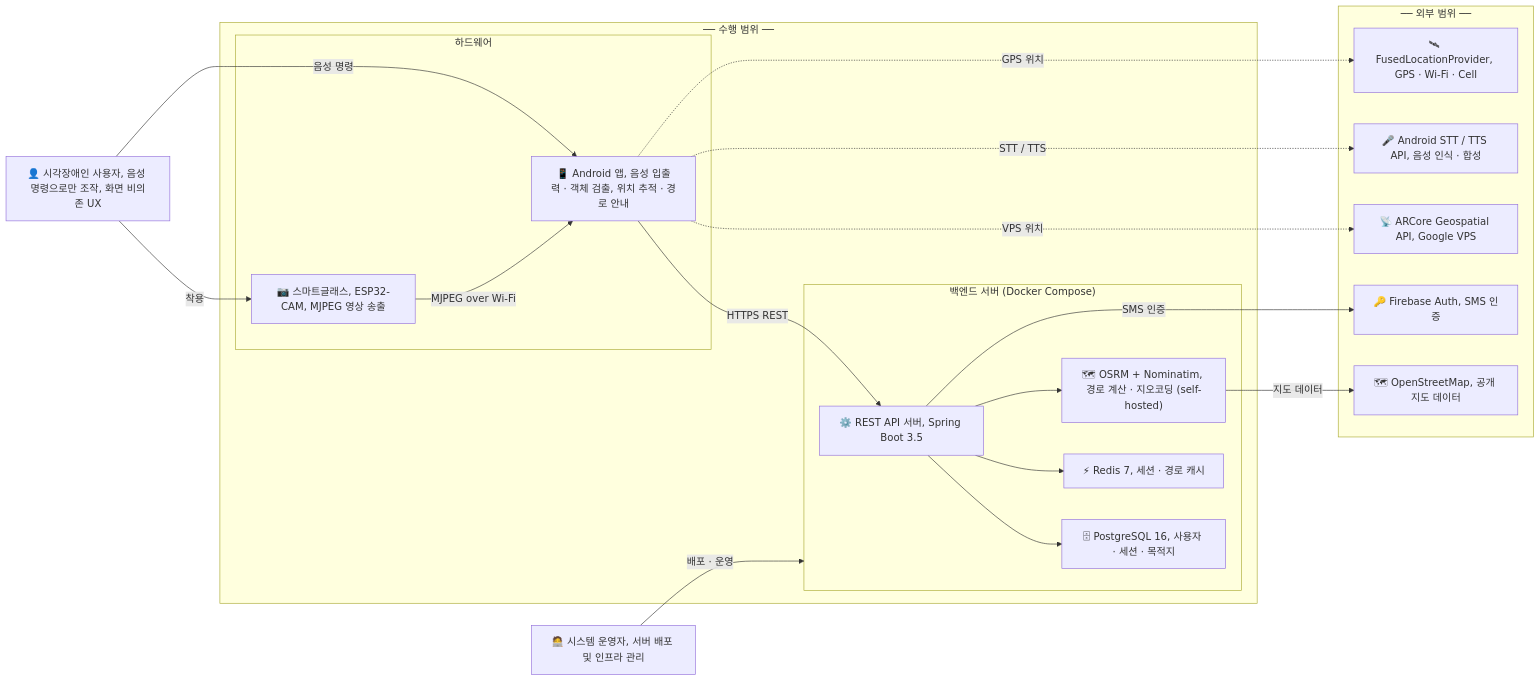
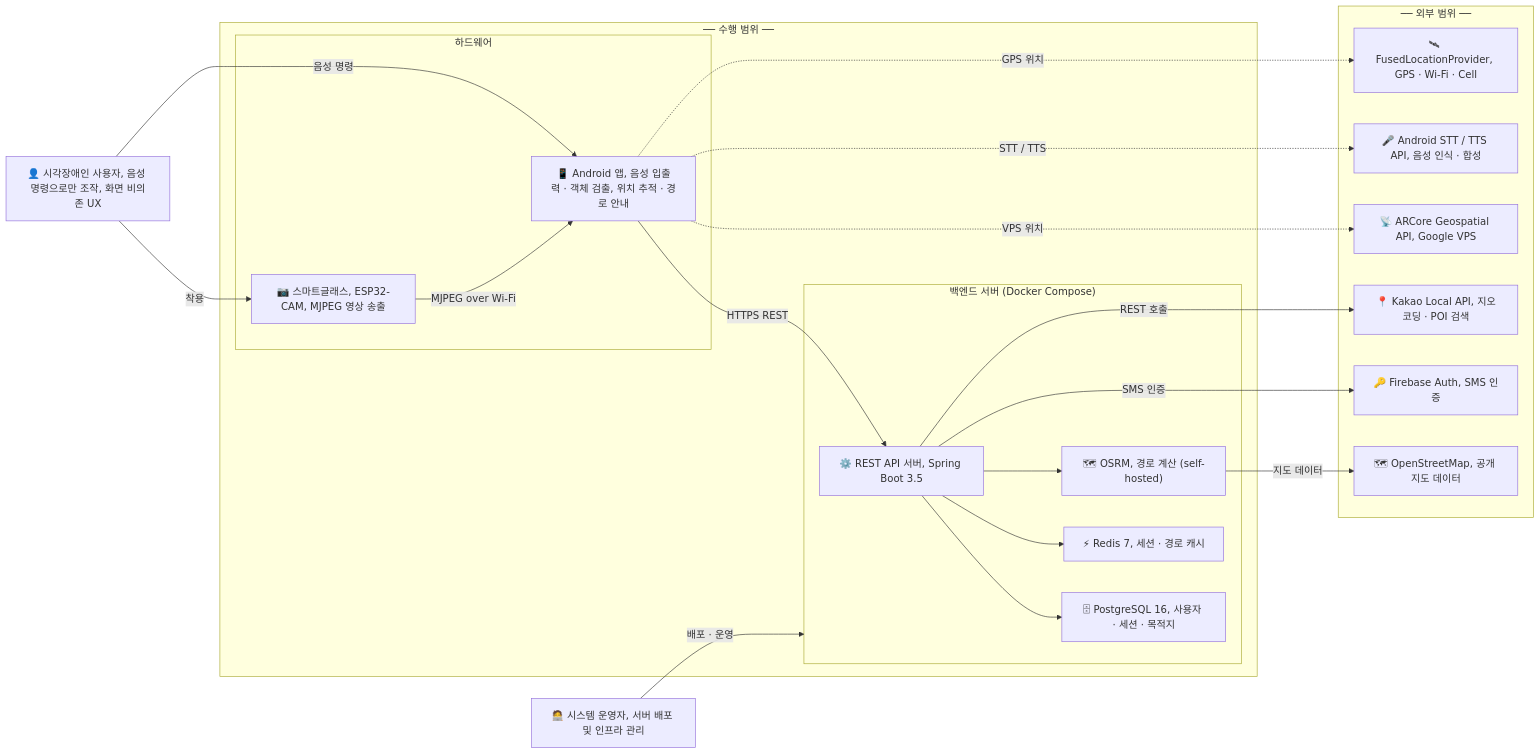
The first of 2 diagrams in service-flow.md (2026TUKCOMCD/SmartWalk), drawn with Mermaid before and after one commit. The commit also changed 20 other files, not shown here.

````diff
--- a/service-flow.md
+++ b/service-flow.md
@@ -10,45 +10,47 @@
 ```mermaid
 graph LR
     %% ── 사용 주체 ──
     USER["👤 시각장애인 사용자, 음성 명령으로만 조작, 화면 비의존 UX"]
     OPERATOR["🧑‍💻 시스템 운영자, 서버 배포 및 인프라 관리"]
 
     %% ── 수행 범위 ──
     subgraph SCOPE["── 수행 범위 ──"]
         subgraph HW["하드웨어"]
             SG["📷 스마트글래스, ESP32-CAM, MJPEG 영상 송출"]
             APP["📱 Android 앱, 음성 입출력 · 객체 검출, 위치 추적 · 경로 안내"]
         end
         subgraph SERVER["백엔드 서버 (Docker Compose)"]
             BE["⚙️ REST API 서버, Spring Boot 3.5"]
             DB["🗄 PostgreSQL 16, 사용자 · 세션 · 목적지"]
             CACHE["⚡ Redis 7, 세션 · 경로 캐시"]
-            ROUTING["🗺 OSRM + Nominatim, 경로 계산 · 지오코딩 (self-hosted)"]
+            ROUTING["🗺 OSRM, 경로 계산 (self-hosted)"]
         end
     end
 
     %% ── 외부 범위 ──
     subgraph EXT["── 외부 범위 ──"]
         FIREBASE["🔑 Firebase Auth, SMS 인증"]
+        KAKAO["📍 Kakao Local API, 지오코딩 · POI 검색"]
         ARCORE["📡 ARCore Geospatial API, Google VPS"]
         OSM["🗺 OpenStreetMap, 공개 지도 데이터"]
         ANDROID_API["🎤 Android STT / TTS API, 음성 인식 · 합성"]
         GPS_API["🛰 FusedLocationProvider, GPS · Wi-Fi · Cell"]
     end
 
     %% ── 관계 ──
     USER -->|착용| SG
     USER -->|음성 명령| APP
     SG -->|"MJPEG over Wi-Fi"| APP
     APP -->|"HTTPS REST"| BE
     BE --> DB
     BE --> CACHE
     BE --> ROUTING
     BE -->|SMS 인증| FIREBASE
+    BE -->|REST 호출| KAKAO
     ROUTING -->|지도 데이터| OSM
     APP -.->|VPS 위치| ARCORE
     APP -.->|STT / TTS| ANDROID_API
     APP -.->|GPS 위치| GPS_API
 
     OPERATOR -->|배포 · 운영| SERVER
 ```
````
